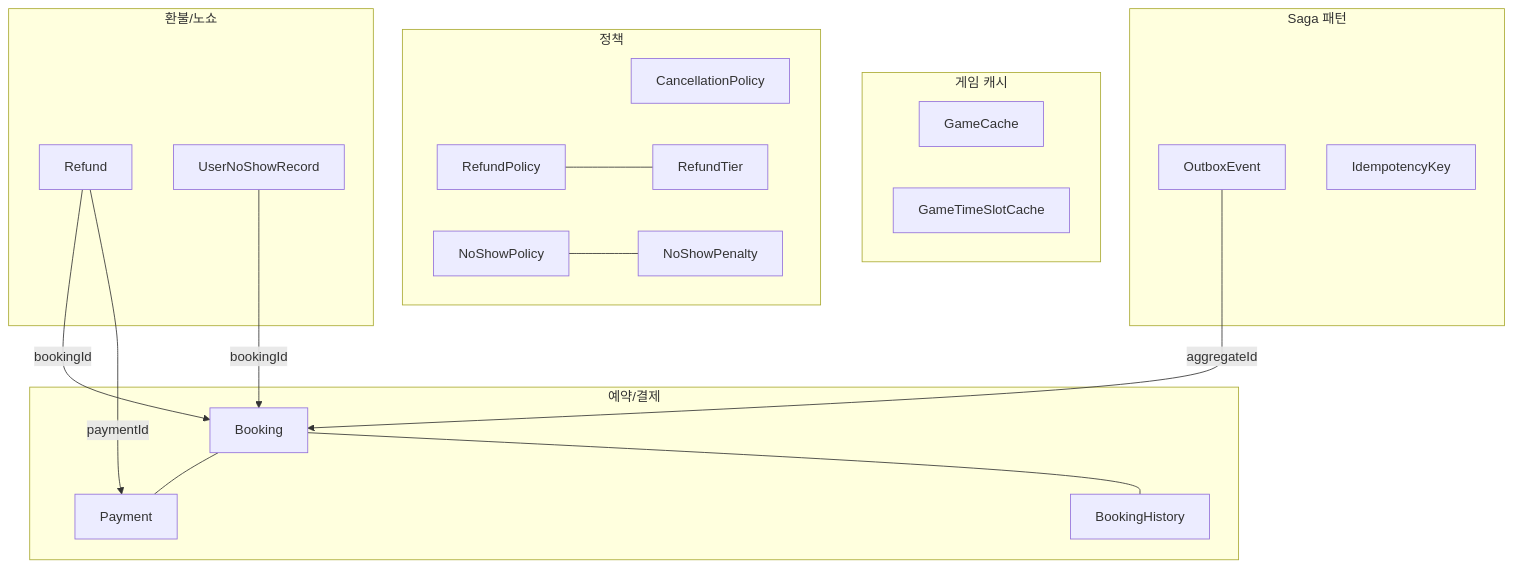
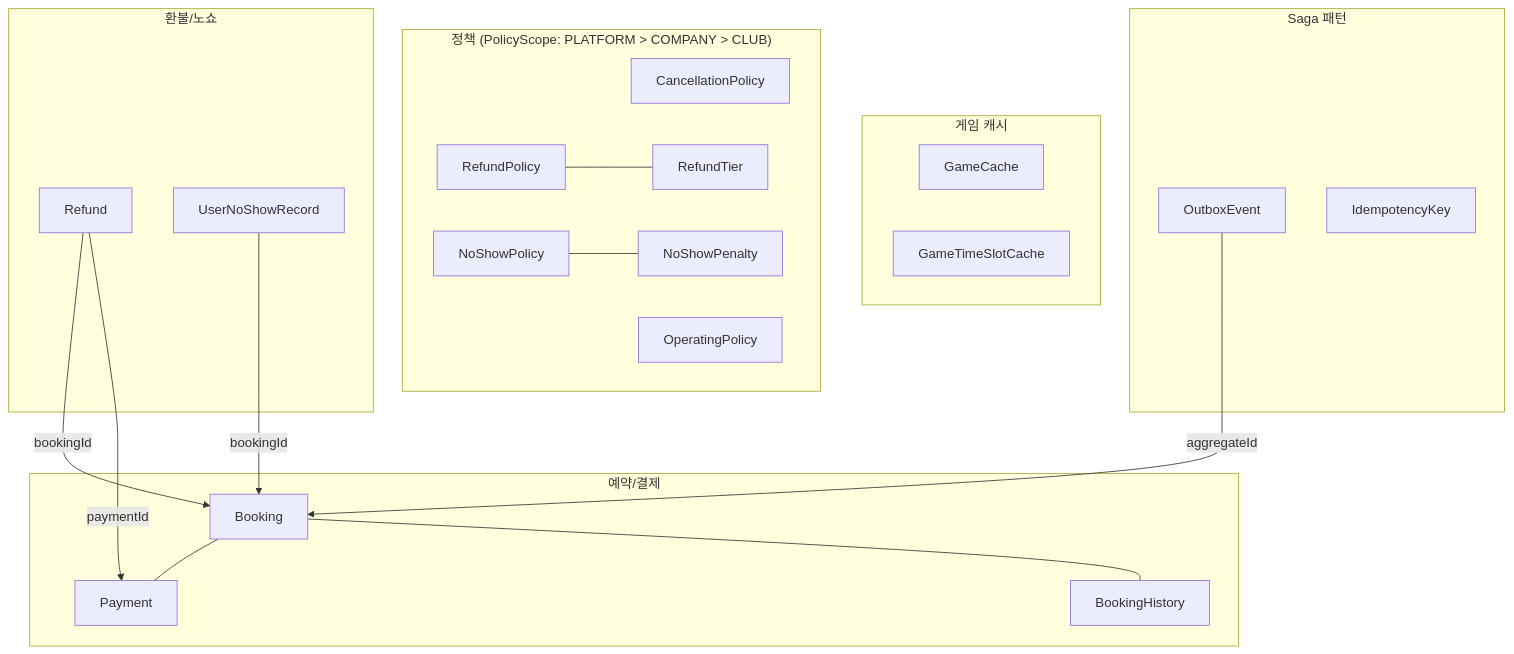
Diagram 12 of 25 in docs/DATABASE_ERD.md (uniyous/parkgolf-platform), drawn with Mermaid before and after one commit. The commit also changed other lines of this file, not shown here.

````diff
--- a/docs/DATABASE_ERD.md
+++ b/docs/DATABASE_ERD.md
@@ -557,40 +587,41 @@
 ```mermaid
 flowchart TB
     subgraph core["예약/결제"]
         B_Booking["Booking"]
         B_Payment["Payment"]
         B_History["BookingHistory"]
         B_Booking --- B_Payment
         B_Booking --- B_History
     end
 
     subgraph cache["게임 캐시"]
         BC_Game["GameCache"]
         BC_Slot["GameTimeSlotCache"]
     end
 
     subgraph refund["환불/노쇼"]
         R_Refund["Refund"]
         R_NoShow["UserNoShowRecord"]
     end
 
-    subgraph policy["정책"]
+    subgraph policy["정책 (PolicyScope: PLATFORM > COMPANY > CLUB)"]
         P_Cancel["CancellationPolicy"]
         P_Refund["RefundPolicy"]
         P_RefundTier["RefundTier"]
         P_NoShow["NoShowPolicy"]
         P_NoShowPenalty["NoShowPenalty"]
+        P_Operating["OperatingPolicy"]
         P_Refund --- P_RefundTier
         P_NoShow --- P_NoShowPenalty
     end
 
     subgraph saga["Saga 패턴"]
         S_Outbox["OutboxEvent"]
         S_Idempotency["IdempotencyKey"]
     end
 
     R_Refund -->|bookingId| B_Booking
     R_Refund -->|paymentId| B_Payment
     R_NoShow -->|bookingId| B_Booking
     S_Outbox -->|aggregateId| B_Booking
 ```
````
